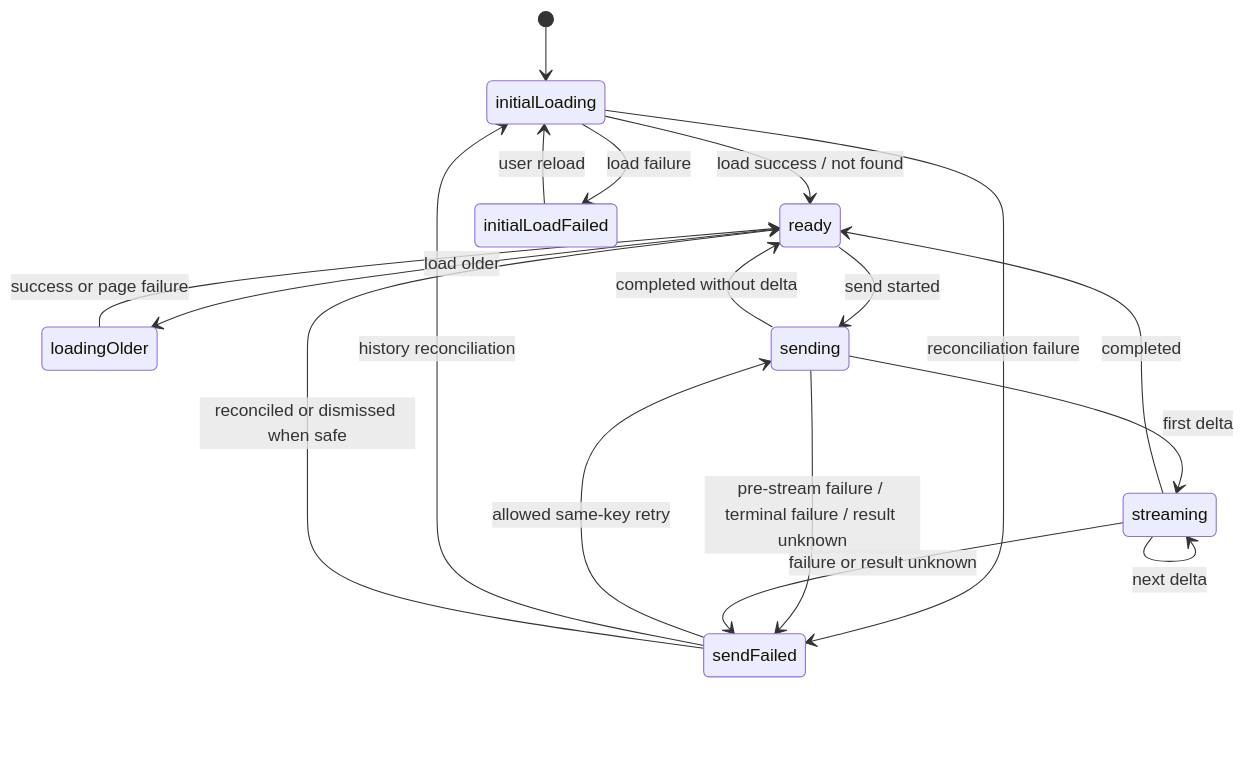
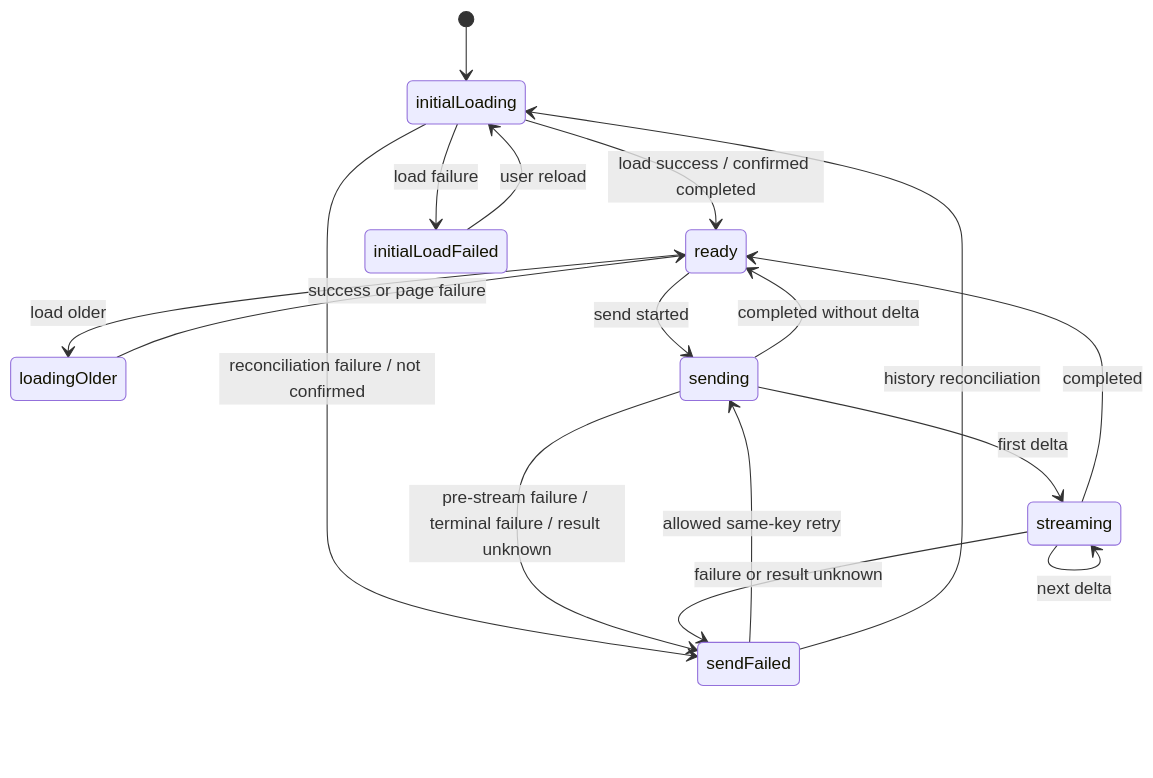
One commit to katoushodev-svg/ProjectAlice changed the first of 3 diagrams in docs/fip-005-application-state-plan.md. Above: the diagram before and after it, drawn with Mermaid. The commit also changed other lines of this file and 5 other files, not shown here.

````diff
--- a/docs/fip-005-application-state-plan.md
+++ b/docs/fip-005-application-state-plan.md
@@ -454,20 +456,19 @@
 ```mermaid
 stateDiagram-v2
     [*] --> initialLoading
-    initialLoading --> ready: load success / not found
+    initialLoading --> ready: load success / confirmed completed
     initialLoading --> initialLoadFailed: load failure
-    initialLoading --> sendFailed: reconciliation failure
+    initialLoading --> sendFailed: reconciliation failure / not confirmed
     initialLoadFailed --> initialLoading: user reload
     ready --> loadingOlder: load older
     loadingOlder --> ready: success or page failure
     ready --> sending: send started
     sending --> streaming: first delta
     sending --> ready: completed without delta
     sending --> sendFailed: pre-stream failure / terminal failure / result unknown
     streaming --> streaming: next delta
     streaming --> ready: completed
     streaming --> sendFailed: failure or result unknown
     sendFailed --> sending: allowed same-key retry
     sendFailed --> initialLoading: history reconciliation
-    sendFailed --> ready: reconciled or dismissed when safe
 ```
````
